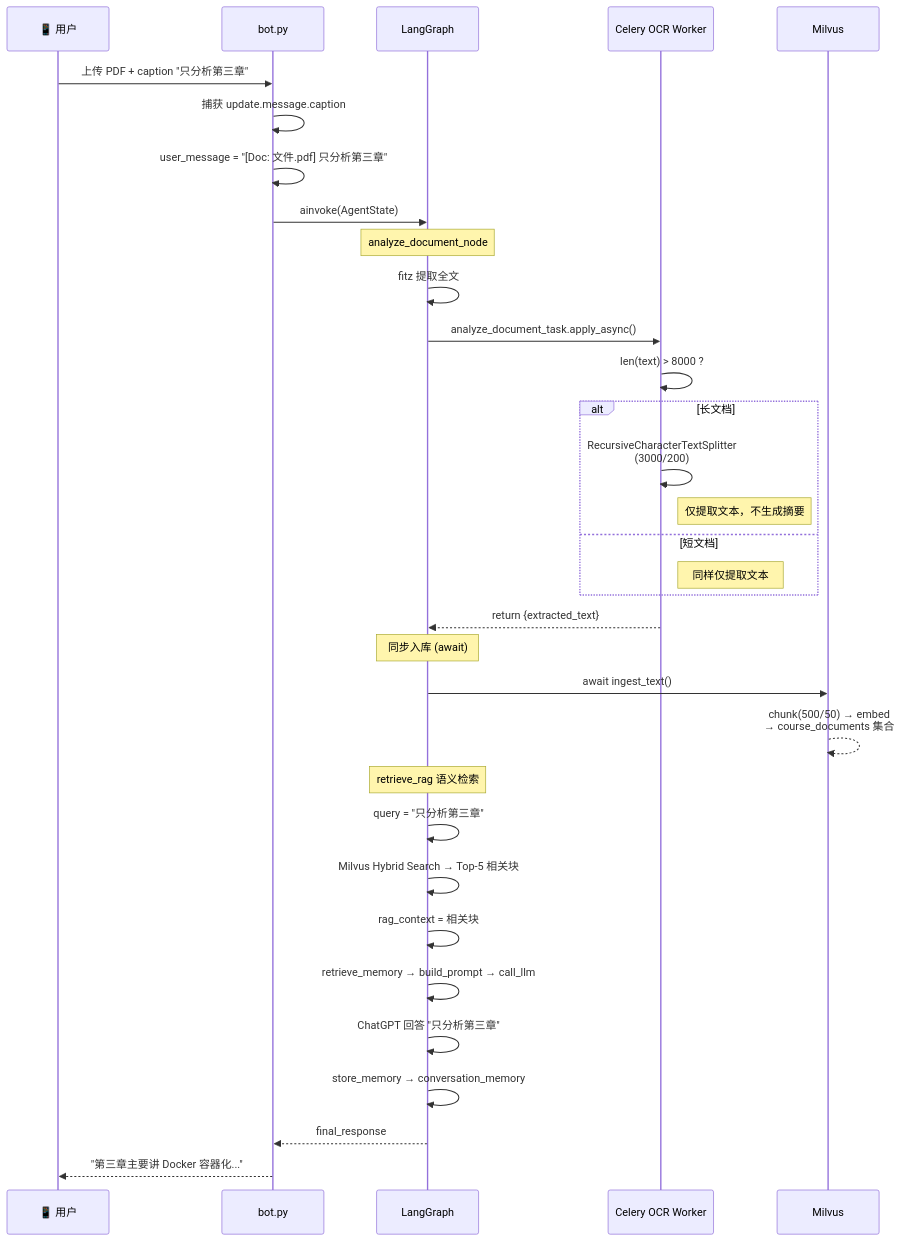
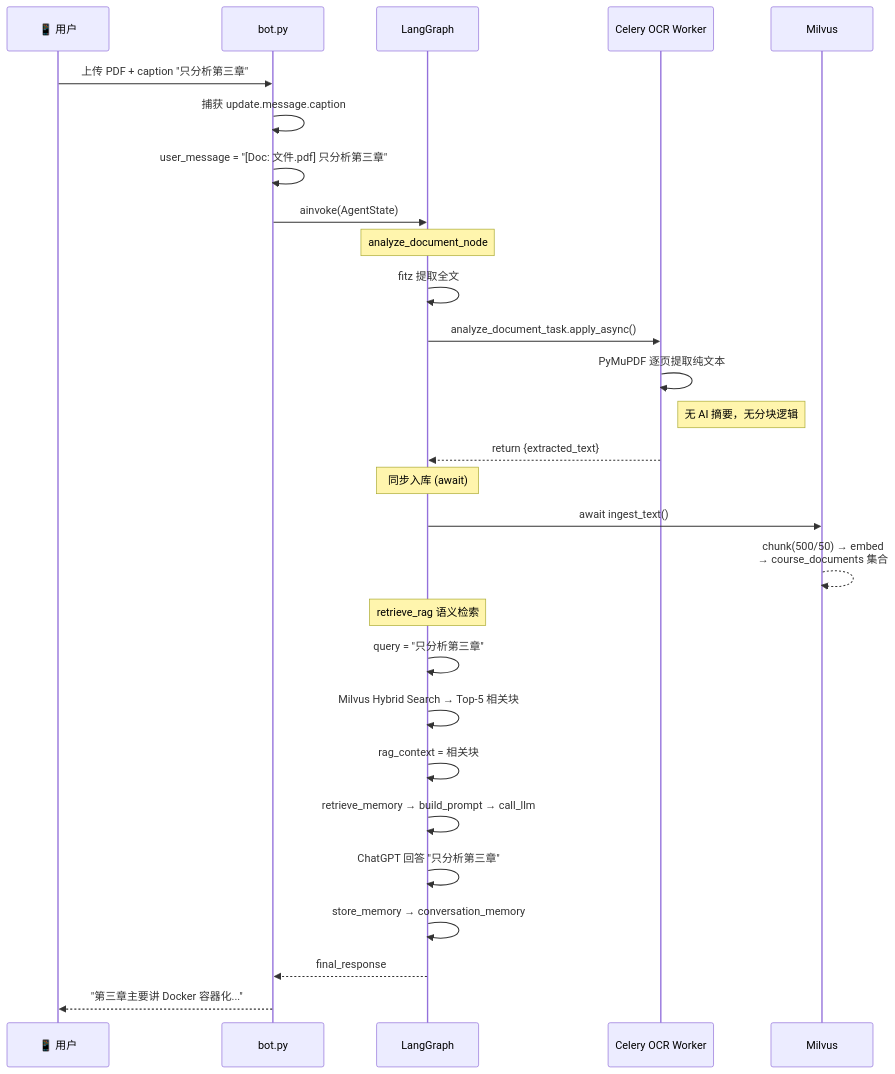
The fifth of 9 diagrams in 流程图.md (ravemelodic/Multi-functional_AI_Assistant), drawn with Mermaid before and after one commit.

Commit message:
fix: 流程图 Section 5 Celery 残留旧分块逻辑，对齐新流程

````diff
--- a/流程图.md
+++ b/流程图.md
@@ -133,42 +133,36 @@
 ```mermaid
 sequenceDiagram
     participant User as 📱 用户
     participant Bot as bot.py
     participant Graph as LangGraph
     participant Celery as Celery OCR Worker
     participant Milvus as Milvus
 
     User->>Bot: 上传 PDF + caption "只分析第三章"
     Bot->>Bot: 捕获 update.message.caption
     Bot->>Bot: user_message = "[Doc: 文件.pdf] 只分析第三章"
     Bot->>Graph: ainvoke(AgentState)
 
     Note over Graph: analyze_document_node
     Graph->>Graph: fitz 提取全文
     Graph->>Celery: analyze_document_task.apply_async()
-    Celery->>Celery: len(text) > 8000 ?
-    
-    alt 长文档
-        Celery->>Celery: RecursiveCharacterTextSplitter<br/>(3000/200)
-        Note right of Celery: 仅提取文本，不生成摘要
-    else 短文档
-        Note right of Celery: 同样仅提取文本
-    end
+    Celery->>Celery: PyMuPDF 逐页提取纯文本
+    Note right of Celery: 无 AI 摘要，无分块逻辑
     
     Celery-->>Graph: return {extracted_text}
 
     Note over Graph: 同步入库 (await)
     Graph->>Milvus: await ingest_text()
     Milvus-->>Milvus: chunk(500/50) → embed<br/>→ course_documents 集合
 
     Note over Graph: retrieve_rag 语义检索
     Graph->>Graph: query = "只分析第三章"
     Graph->>Graph: Milvus Hybrid Search → Top-5 相关块
     Graph->>Graph: rag_context = 相关块
     Graph->>Graph: retrieve_memory → build_prompt → call_llm
     Graph->>Graph: ChatGPT 回答 "只分析第三章"
     Graph->>Graph: store_memory → conversation_memory
     
     Graph-->>Bot: final_response
     Bot-->>User: "第三章主要讲 Docker 容器化..."
 ```
````
